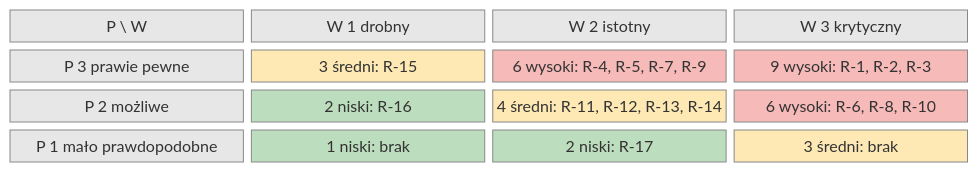
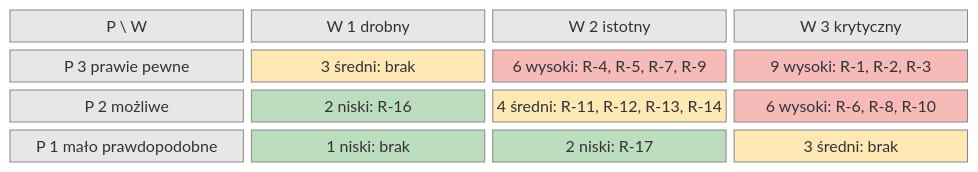
The diagram in docs/docs/biznes/ryzyka.md (dostepny-kampus/dostepny-kampus), drawn with Mermaid (forest theme) before and after one commit. The commit also changed other lines of this file, not shown here.

````diff
--- a/docs/docs/biznes/ryzyka.md
+++ b/docs/docs/biznes/ryzyka.md
@@ -41,16 +40,16 @@
 ```mermaid
 block-beta
   columns 4
   naroznik["P \ W"] w1["W 1 drobny"] w2["W 2 istotny"] w3["W 3 krytyczny"]
-  p3["P 3 prawie pewne"] c31["3 średni: R-15"] c32["6 wysoki: R-4, R-5, R-7, R-9"] c33["9 wysoki: R-1, R-2, R-3"]
+  p3["P 3 prawie pewne"] c31["3 średni: brak"] c32["6 wysoki: R-4, R-5, R-7, R-9"] c33["9 wysoki: R-1, R-2, R-3"]
   p2["P 2 możliwe"] c21["2 niski: R-16"] c22["4 średni: R-11, R-12, R-13, R-14"] c23["6 wysoki: R-6, R-8, R-10"]
   p1["P 1 mało prawdopodobne"] c11["1 niski: brak"] c12["2 niski: R-17"] c13["3 średni: brak"]
   classDef naglowek fill:#9e9e9e,fill-opacity:0.25,stroke:#888
   classDef wysoki fill:#e53935,fill-opacity:0.35,stroke:#888
   classDef sredni fill:#fbc02d,fill-opacity:0.35,stroke:#888
   classDef niski fill:#43a047,fill-opacity:0.35,stroke:#888
   class naroznik,w1,w2,w3,p3,p2,p1 naglowek
   class c33,c32,c23 wysoki
   class c31,c22,c13 sredni
   class c21,c11,c12 niski
 ```
````
